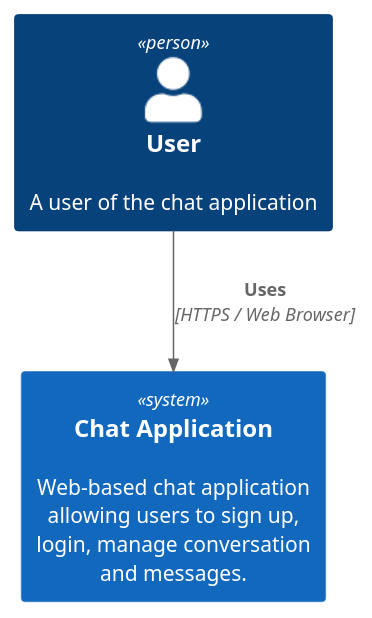
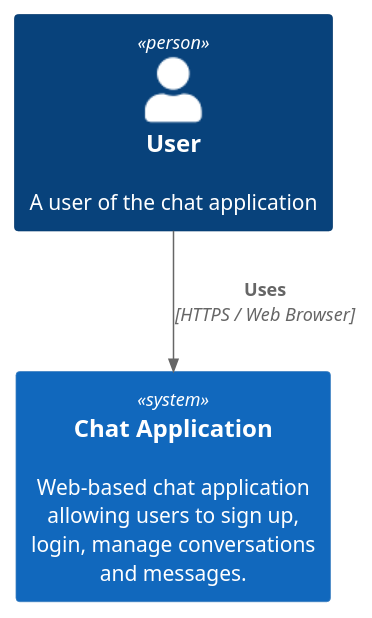
The first of 5 diagrams in Diagrams/c4model.puml (Thyge1232/Chat-Application_Semesterprojekt), drawn with PlantUML before and after one commit. The commit also changed other lines of this file and 120 other files, not shown here.

```diff
--- a/Diagrams/c4model.puml
+++ b/Diagrams/c4model.puml
@@ -1,7 +1,7 @@
 @startuml Context – Chat System
 !include https://raw.githubusercontent.com/plantuml-stdlib/C4-PlantUML/master/C4_Context.puml
 
 Person(user, "User", "A user of the chat application")
-System(chatSystem, "Chat Application", "Web-based chat application allowing users to sign up, login, manage conversation and messages.")
+System(chatSystem, "Chat Application", "Web-based chat application allowing users to sign up, login, manage conversations and messages.")
 Rel(user, chatSystem, "Uses", "HTTPS / Web Browser")
 @enduml
```
